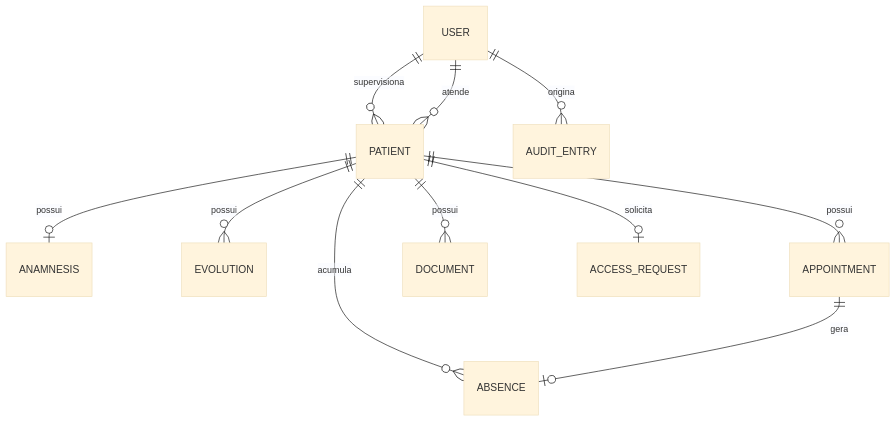
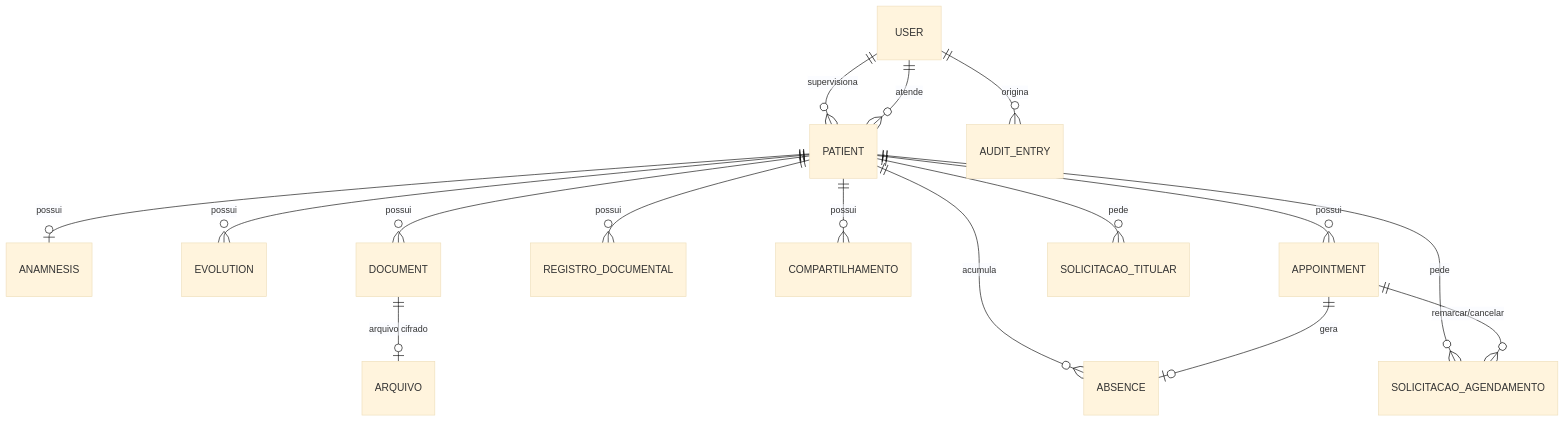
Before and after one commit to RafaelNazareth/prontuario: the diagram in docs/DOMAIN_MODEL.md, drawn with Mermaid (base theme). The commit also changed other lines of this file and 69 other files, not shown here.

````diff
--- a/docs/DOMAIN_MODEL.md
+++ b/docs/DOMAIN_MODEL.md
@@ -5,13 +7,18 @@
 ```mermaid
 erDiagram
     USER ||--o{ PATIENT : supervisiona
     USER ||--o{ PATIENT : atende
     PATIENT ||--o| ANAMNESIS : possui
     PATIENT ||--o{ EVOLUTION : possui
+    PATIENT ||--o{ DOCUMENT : possui
+    PATIENT ||--o{ REGISTRO_DOCUMENTAL : possui
+    PATIENT ||--o{ COMPARTILHAMENTO : possui
     PATIENT ||--o{ APPOINTMENT : possui
-    PATIENT ||--o{ DOCUMENT : possui
-    PATIENT ||--o| ACCESS_REQUEST : solicita
     PATIENT ||--o{ ABSENCE : acumula
+    PATIENT ||--o{ SOLICITACAO_AGENDAMENTO : pede
+    PATIENT ||--o{ SOLICITACAO_TITULAR : pede
     APPOINTMENT ||--o| ABSENCE : gera
+    APPOINTMENT ||--o{ SOLICITACAO_AGENDAMENTO : "remarcar/cancelar"
+    DOCUMENT ||--o| ARQUIVO : "arquivo cifrado"
     USER ||--o{ AUDIT_ENTRY : origina
 ```
````
